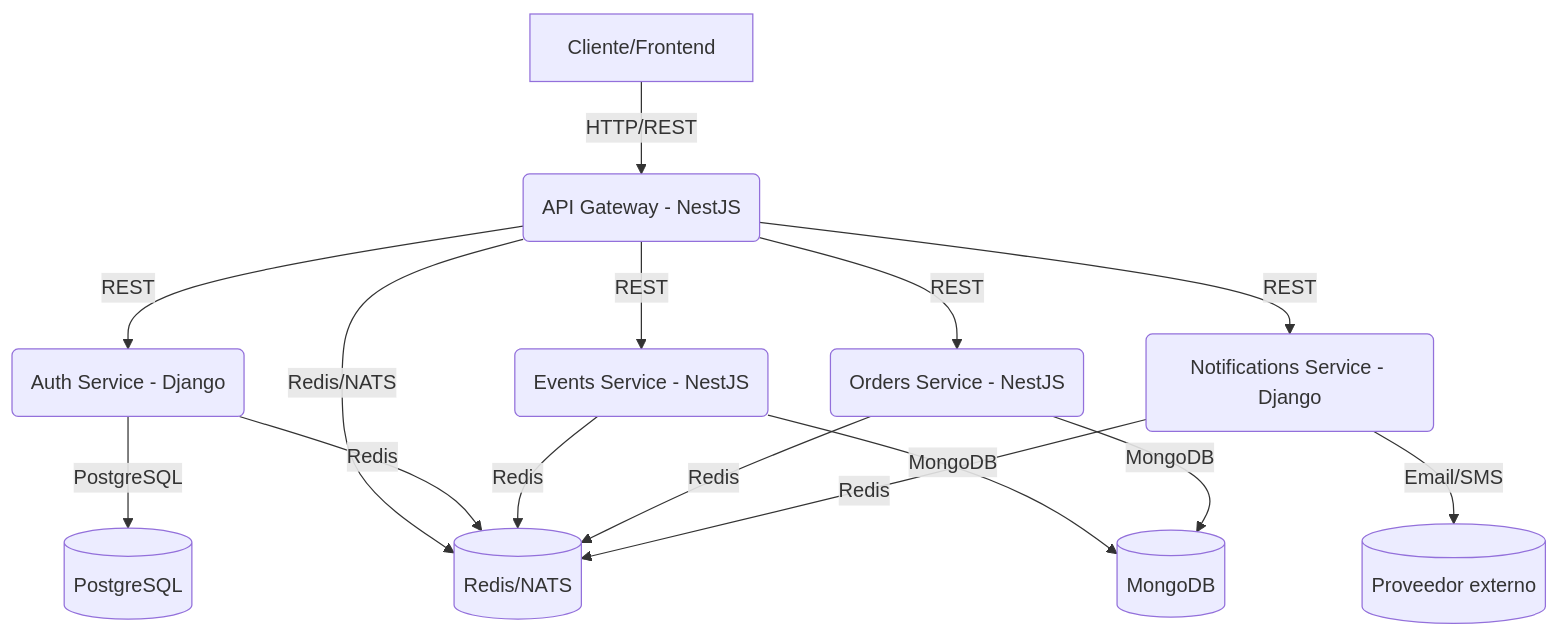
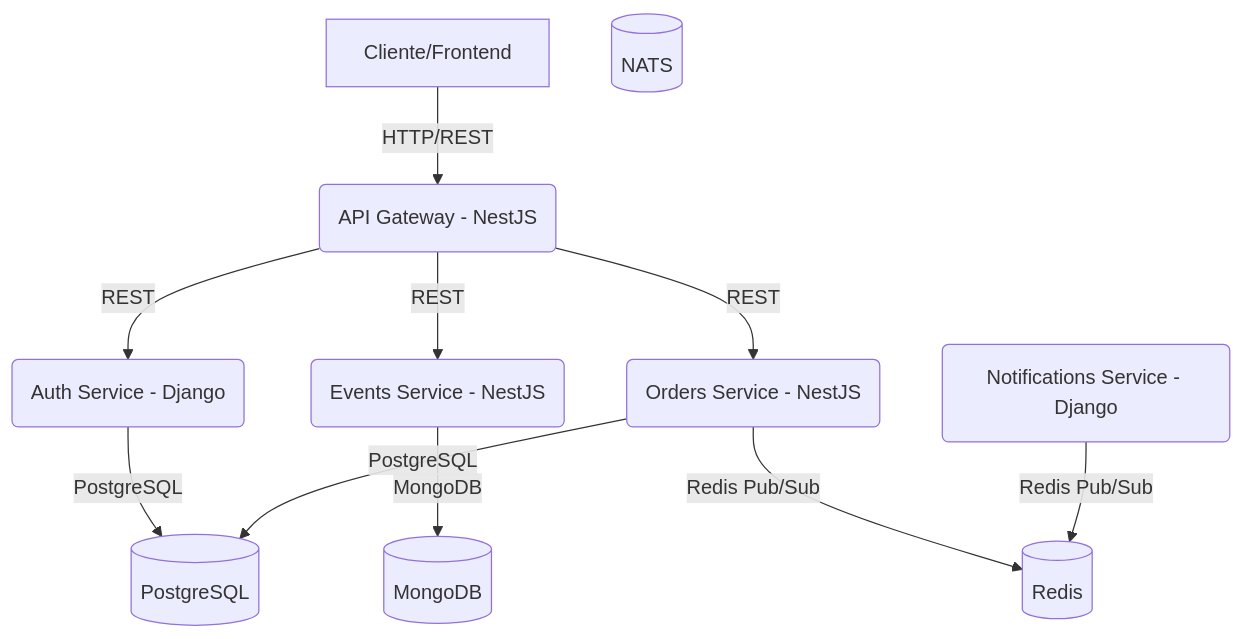
Before and after one commit to alejandrordeveloper/E-Ticketing: the diagram in docs/diagrama-arquitectura.md, drawn with Mermaid. The commit also changed other lines of this file and 69 other files, not shown here.

````diff
--- a/docs/diagrama-arquitectura.md
+++ b/docs/diagrama-arquitectura.md
@@ -5,17 +5,14 @@
 ```mermaid
 graph TD
   A[Cliente/Frontend] -->|HTTP/REST| B(API Gateway - NestJS)
   B -->|REST| C(Auth Service - Django)
   B -->|REST| D(Events Service - NestJS)
   B -->|REST| E(Orders Service - NestJS)
-  B -->|REST| F(Notifications Service - Django)
+  F(Notifications Service - Django)
   C -->|PostgreSQL| G[(PostgreSQL)]
   D -->|MongoDB| H[(MongoDB)]
-  E -->|MongoDB| H
-  B -->|Redis/NATS| I[(Redis/NATS)]
-  C -->|Redis| I
-  D -->|Redis| I
-  E -->|Redis| I
-  F -->|Redis| I
-  F -->|Email/SMS| J[(Proveedor externo)]
+  E -->|PostgreSQL| G
+  E -->|Redis Pub/Sub| I[(Redis)]
+  F -->|Redis Pub/Sub| I
+  J[(NATS)]
 ```
````
